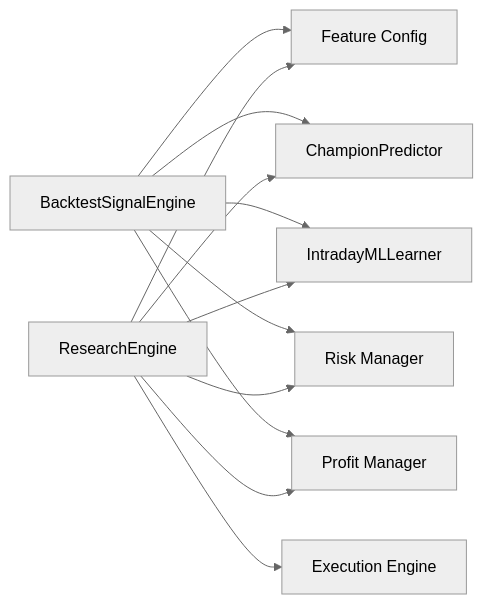
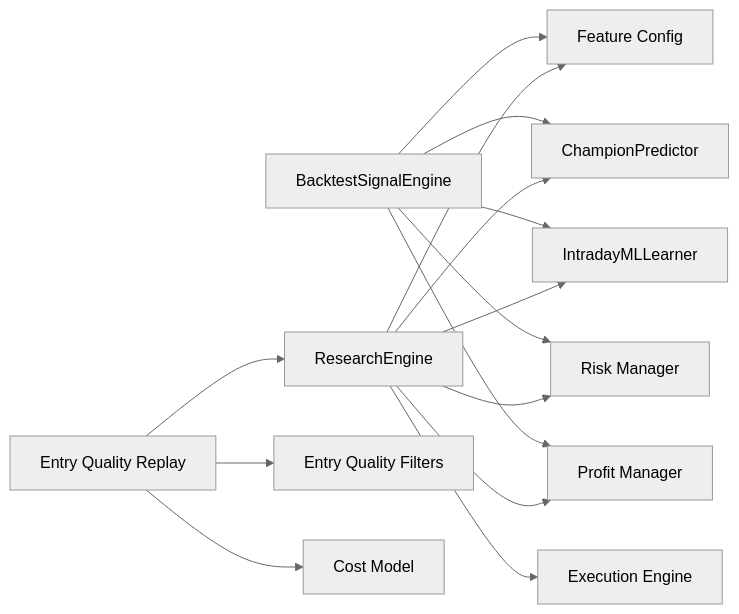
The ninth of 9 diagrams in .qoder/repowiki/en/content/Backtesting and Research/Backtesting Engine.md (tauqeersiddiqui-art/tradingsystem), drawn with Mermaid (neutral theme) before and after one commit. The commit also changed other lines of this file and 71 other files, not shown here.

Commit message:
Add rejection-first entry quality filters, entry-quality ML target with fail-hard pipeline, post-trade loss classification, and reproducible Phase-8 backtest

````diff
--- a/.qoder/repowiki/en/content/Backtesting and Research/Backtesting Engine.md
+++ b/.qoder/repowiki/en/content/Backtesting and Research/Backtesting Engine.md
@@ -347,14 +440,17 @@
 ```mermaid
 graph LR
 BSE["BacktestSignalEngine"] --> FC["Feature Config"]
 BSE --> PC["ChampionPredictor"]
 BSE --> IL["IntradayMLLearner"]
 BSE --> RM["Risk Manager"]
 BSE --> PM["Profit Manager"]
 RE["ResearchEngine"] --> FC
 RE --> PC
 RE --> IL
 RE --> RM
 RE --> PM
 RE --> EE["Execution Engine"]
+EQR["Entry Quality Replay"] --> EQF["Entry Quality Filters"]
+EQR --> CM["Cost Model"]
+EQR --> RE
 ```
````
